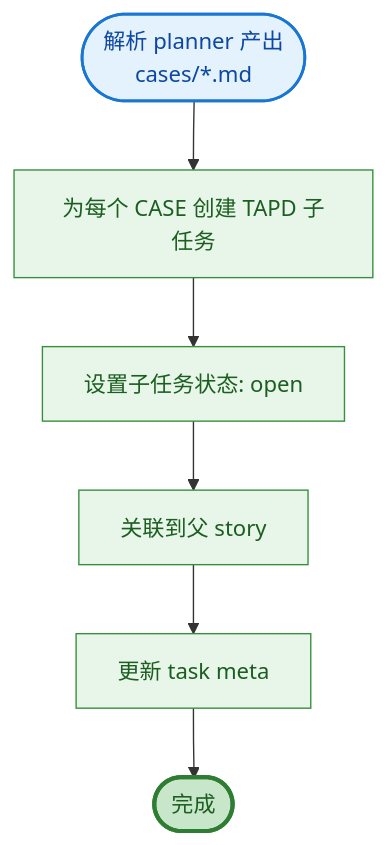
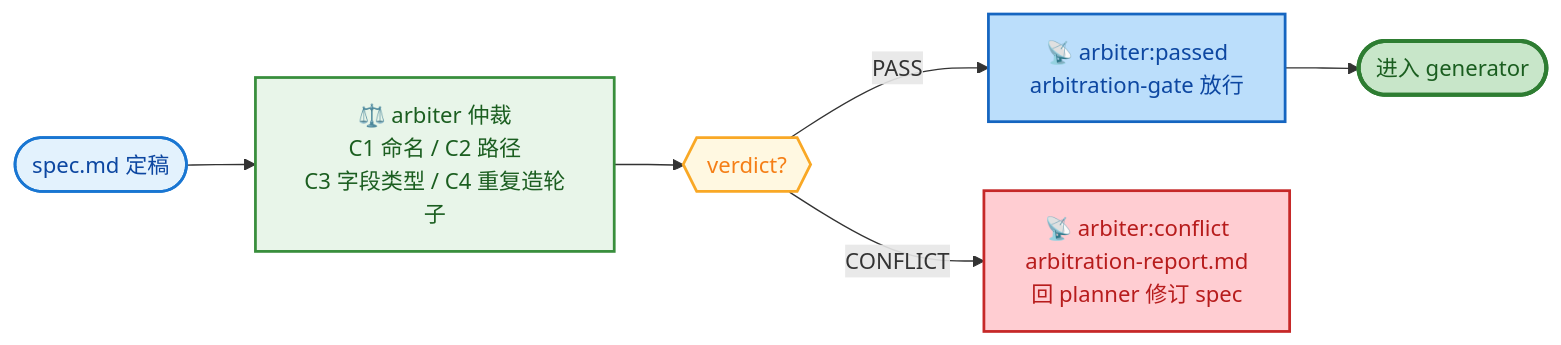
The ninth of 14 diagrams in README.md (dd-xiaozhi/dev-agent-flow), drawn with Mermaid before and after one commit. The commit also changed other lines of this file and 2 other files, not shown here.

Commit message:
docs: README 全量刷新对齐当前实现(arbiter+registry+19步tapd-full+23事件+hooks) + doc-librarian/notify 规则微调

````diff
--- a/README.md
+++ b/README.md
@@ -353,16 +362,22 @@
 ```mermaid
-flowchart TD
-    A([解析 planner 产出<br/>cases/*.md]) --> B[为每个 CASE 创建 TAPD 子任务]
-    B --> C[设置子任务状态: open]
-    C --> D[关联到父 story]
-    D --> E[更新 task meta]
-    E --> F([完成])
+flowchart LR
+    A([spec.md 定稿]) --> B["⚖️ arbiter 仲裁<br/>C1 命名 / C2 路径<br/>C3 字段类型 / C4 重复造轮子"]
+    B --> C{{"verdict?"}}
+    C -->|PASS| D["📡 arbiter:passed<br/>arbitration-gate 放行"]
+    C -->|CONFLICT| E["📡 arbiter:conflict<br/>arbitration-report.md<br/>回 planner 修订 spec"]
+    D --> F([进入 generator])
 
     classDef entry fill:#e3f2fd,stroke:#1976d2,stroke-width:2px,color:#0d47a1
-    classDef action fill:#e8f5e9,stroke:#388e3c,stroke-width:1px,color:#1b5e20
+    classDef action fill:#e8f5e9,stroke:#388e3c,stroke-width:2px,color:#1b5e20
+    classDef decision fill:#fff8e1,stroke:#f9a825,stroke-width:2px,color:#f57f17
+    classDef event fill:#bbdefb,stroke:#1565c0,stroke-width:2px,color:#0d47a1
+    classDef fail fill:#ffcdd2,stroke:#c62828,stroke-width:2px,color:#b71c1c
     classDef done fill:#c8e6c9,stroke:#2e7d32,stroke-width:3px,color:#1b5e20
 
     class A entry
-    class B,C,D,E action
+    class B action
+    class C decision
+    class D event
+    class E fail
     class F done
 ```
````
